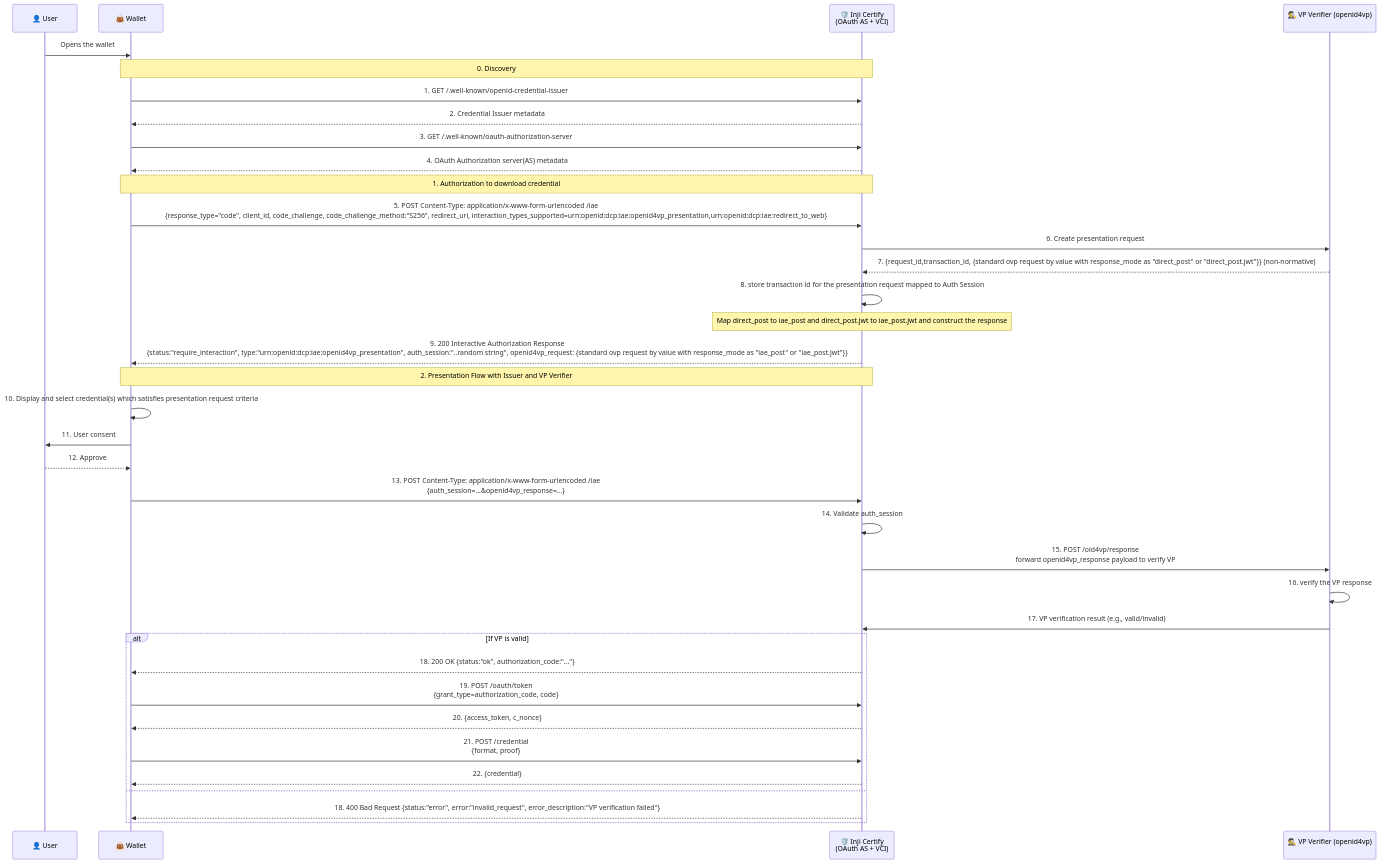
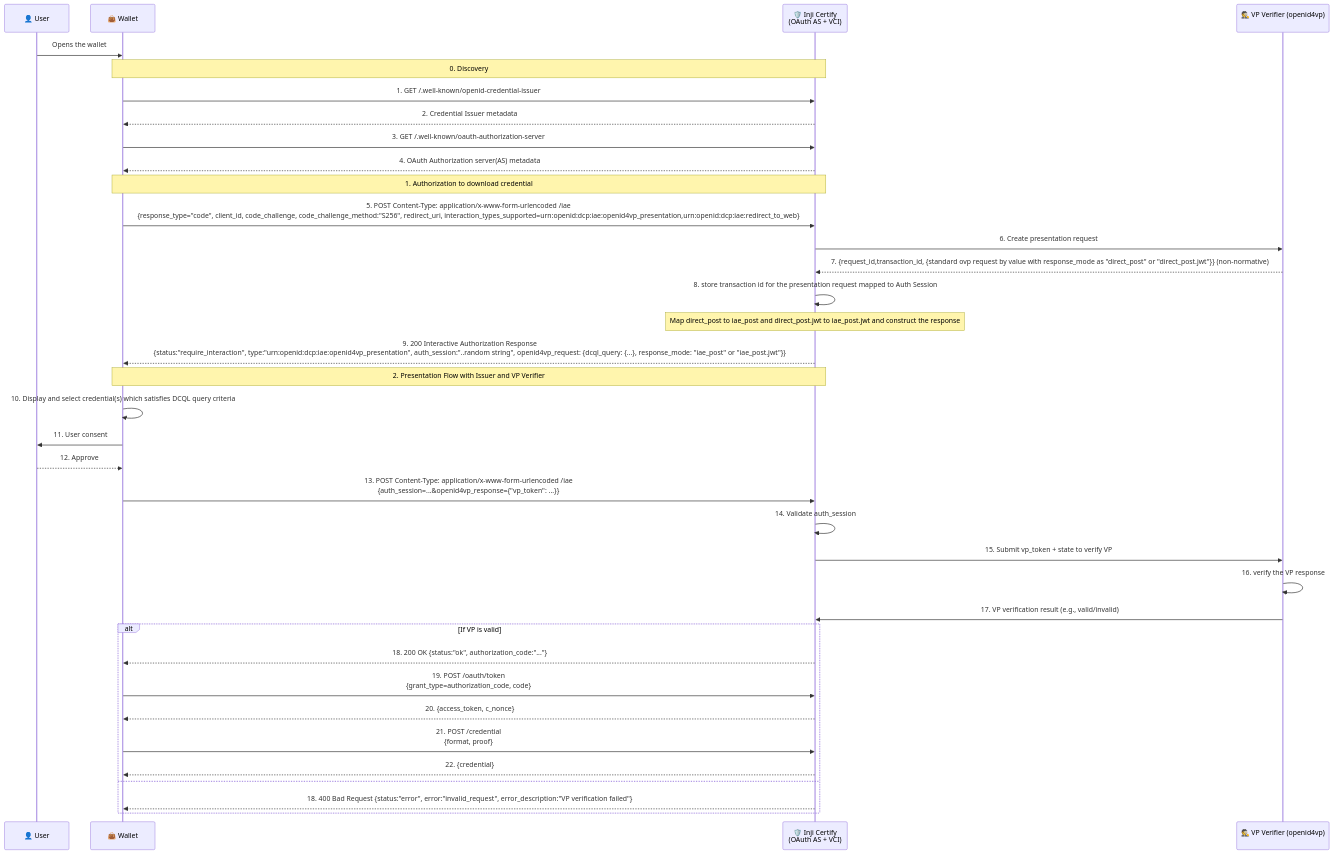
One commit to Infosys/inji-certify changed the diagram in docs/Presentation-During-Issuance.md. Above: the diagram before and after it, drawn with Mermaid. The commit also changed other lines of this file and 16 other files, not shown here.

Commit message:
[INJICERT-#962]:Support DCQL in the VP request configuration on the IAE endpoint

````diff
--- a/docs/Presentation-During-Issuance.md
+++ b/docs/Presentation-During-Issuance.md
@@ -33,43 +47,43 @@
 ```mermaid
 sequenceDiagram
     participant U as 👤 User
     participant W as 👜 Wallet
     participant IC as 🛡️ Inji Certify<br/>(OAuth AS + VCI)
     participant IVP as 🕵️ VP Verifier (openid4vp)<br/>
 
     U->>W: Opens the wallet
     Note over W,IC: 0. Discovery
     W->>IC: 1. GET /.well-known/openid-credential-issuer
     IC-->>W: 2. Credential Issuer metadata
     W->>IC: 3. GET /.well-known/oauth-authorization-server
     IC-->>W: 4. OAuth Authorization server(AS) metadata 
     
     Note over W,IC: 1. Authorization to download credential
     W->>IC: 5. POST Content-Type: application/x-www-form-urlencoded /iae<br/>{response_type="code", client_id, code_challenge, code_challenge_method:"S256", redirect_uri, interaction_types_supported=urn:openid:dcp:iae:openid4vp_presentation,urn:openid:dcp:iae:redirect_to_web}
     IC->>IVP: 6. Create presentation request
     IVP-->>IC: 7. {request_id,transaction_id, {standard ovp request by value with response_mode as "direct_post" or "direct_post.jwt"}} (non-normative)
     IC->>IC: 8. store transaction id for the presentation request mapped to Auth Session
     Note over IC: Map direct_post to iae_post and direct_post.jwt to iae_post.jwt and construct the response
-    IC-->>W: 9. 200 Interactive Authorization Response<br/>{status:"require_interaction", type:"urn:openid:dcp:iae:openid4vp_presentation", auth_session:"..random string", openid4vp_request: {standard ovp request by value with response_mode as "iae_post" or "iae_post.jwt"}}
+    IC-->>W: 9. 200 Interactive Authorization Response<br/>{status:"require_interaction", type:"urn:openid:dcp:iae:openid4vp_presentation", auth_session:"..random string", openid4vp_request: {dcql_query: {...}, response_mode: "iae_post" or "iae_post.jwt"}}
     
     Note over W,IC: 2. Presentation Flow with Issuer and VP Verifier
-    W->>W: 10. Display and select credential(s) which satisfies presentation request criteria
+    W->>W: 10. Display and select credential(s) which satisfies DCQL query criteria
     W->>U: 11. User consent
     U-->>W: 12. Approve
-    W->>IC: 13. POST Content-Type: application/x-www-form-urlencoded /iae<br/>{auth_session=...&openid4vp_response=...}
+    W->>IC: 13. POST Content-Type: application/x-www-form-urlencoded /iae<br/>{auth_session=...&openid4vp_response={"vp_token": ...}}
     IC->>IC: 14. Validate auth_session
-    IC->>IVP: 15. POST /oid4vp/response<br/>forward openid4vp_response payload to verify VP
+    IC->>IVP: 15. Submit vp_token + state to verify VP
     IVP->>IVP: 16. verify the VP response
     IVP->>IC: 17. VP verification result (e.g., valid/invalid)
     
     alt If VP is valid 
             IC-->>W: 18. 200 OK {status:"ok", authorization_code:"..."}
             W->>IC: 19. POST /oauth/token<br/>{grant_type=authorization_code, code}
             IC-->>W: 20. {access_token, c_nonce}
             W->>IC: 21. POST /credential<br/>{format, proof}
             IC-->>W: 22. {credential}
     else
             IC-->>W: 18. 400 Bad Request {status:"error", error:"invalid_request", error_description:"VP verification failed"}
     end
     
 ```
````
